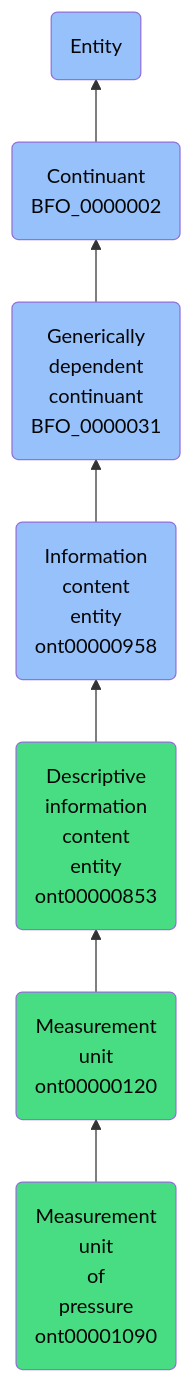
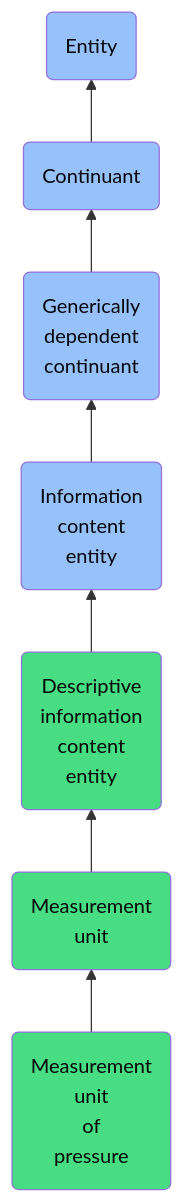
The diagram in docs/ontology/reference/model/Entity/Continuant/Generically dependent continuant/Information content entity/Descriptive information content entity/Measurement unit/Measurement unit of pressure/Measurement unit of pressure.md (jupyter-naas/abi), drawn with Mermaid before and after one commit. The commit also changed other lines of this file and 1430 other files, not shown here.

````diff
--- a/docs/ontology/reference/model/Entity/Continuant/Generically dependent continuant/Information content entity/Descriptive information content entity/Measurement unit/Measurement unit of pressure/Measurement unit of pressure.md
+++ b/docs/ontology/reference/model/Entity/Continuant/Generically dependent continuant/Information content entity/Descriptive information content entity/Measurement unit/Measurement unit of pressure/Measurement unit of pressure.md
@@ -24,14 +24,14 @@
 ```mermaid
 graph BT
-    ont00001090(Measurement<br>unit<br>of<br>pressure<br>ont00001090):::ABI-->ont00000120
-    ont00000120(Measurement<br>unit<br>ont00000120):::ABI-->ont00000853
-    ont00000853(Descriptive<br>information<br>content<br>entity<br>ont00000853):::ABI-->ont00000958
-    ont00000958(Information<br>content<br>entity<br>ont00000958):::BFO-->BFO_0000031
-    BFO_0000031(Generically<br>dependent<br>continuant<br>BFO_0000031):::BFO-->BFO_0000002
-    BFO_0000002(Continuant<br>BFO_0000002):::BFO-->BFO_0000001
+    ont00001090(Measurement<br>unit<br>of<br>pressure):::ABI-->ont00000120
+    ont00000120(Measurement<br>unit):::ABI-->ont00000853
+    ont00000853(Descriptive<br>information<br>content<br>entity):::ABI-->ont00000958
+    ont00000958(Information<br>content<br>entity):::BFO-->BFO_0000031
+    BFO_0000031(Generically<br>dependent<br>continuant):::BFO-->BFO_0000002
+    BFO_0000002(Continuant):::BFO-->BFO_0000001
     BFO_0000001(Entity):::BFO
     
     classDef BFO fill:#97c1fb,color:#060606
     classDef CCO fill:#e4c51e,color:#060606
     classDef ABI fill:#48DD82,color:#060606
 ```
````
